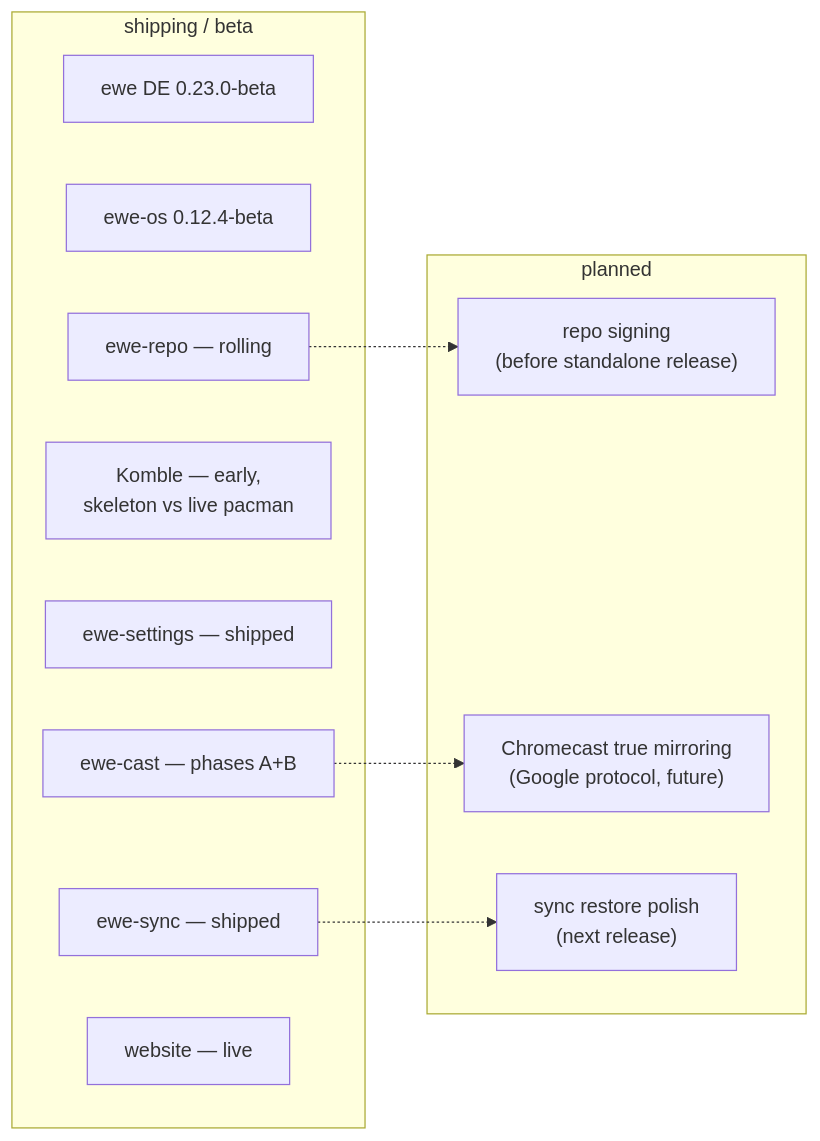
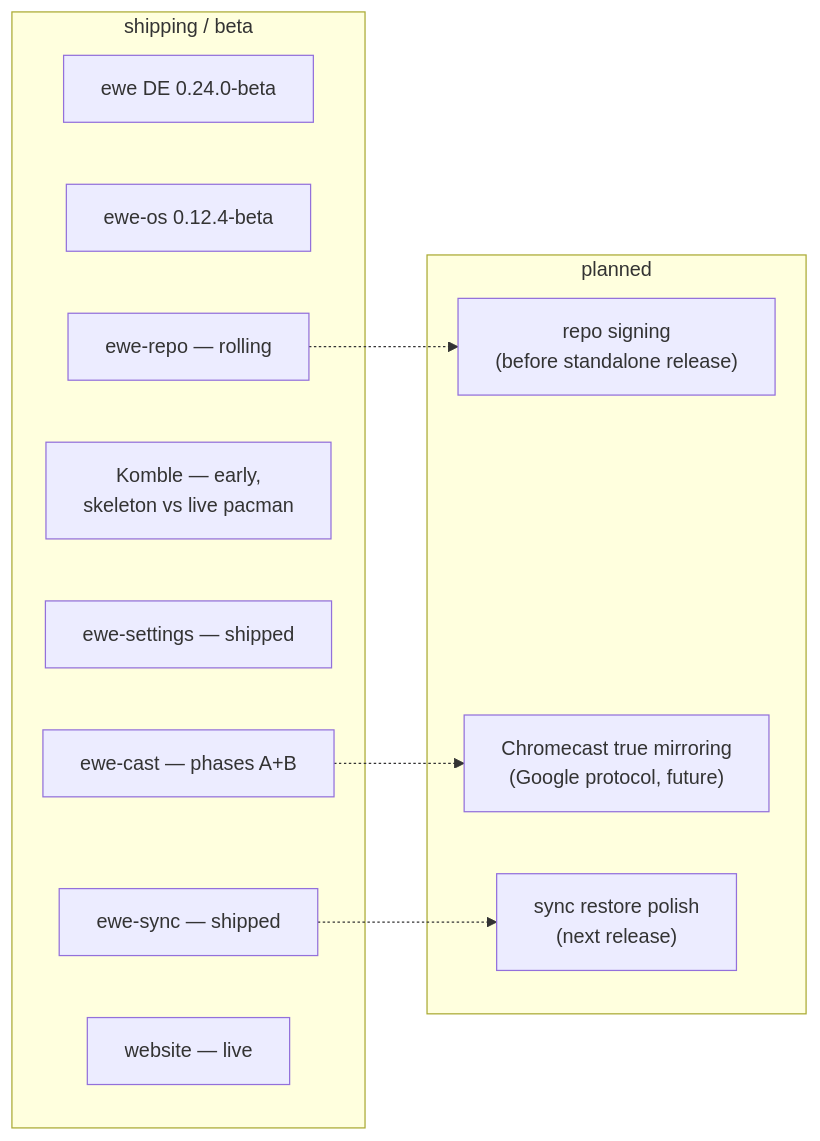
The diagram in 01-Overview/Roadmap and Status.md (prj786/ewe-map), drawn with Mermaid before and after one commit. The commit also changed other lines of this file and 7 other files, not shown here.

````diff
--- a/01-Overview/Roadmap and Status.md
+++ b/01-Overview/Roadmap and Status.md
@@ -30,21 +30,21 @@
 ```mermaid
 flowchart LR
     subgraph shipping["shipping / beta"]
-        EWE["ewe DE 0.23.0-beta"]
+        EWE["ewe DE 0.24.0-beta"]
         OS["ewe-os 0.12.4-beta"]
         REPO["ewe-repo — rolling"]
         K["Komble — early,<br/>skeleton vs live pacman"]
         S["ewe-settings — shipped"]
         SY["ewe-sync — shipped"]
         CAST["ewe-cast — phases A+B"]
         WEB["website — live"]
     end
     subgraph planned["planned"]
         SIGN["repo signing<br/>(before standalone release)"]
         MIRROR["Chromecast true mirroring<br/>(Google protocol, future)"]
         REST["sync restore polish<br/>(next release)"]
     end
     REPO -.-> SIGN
     CAST -.-> MIRROR
     SY -.-> REST
 ```
````
